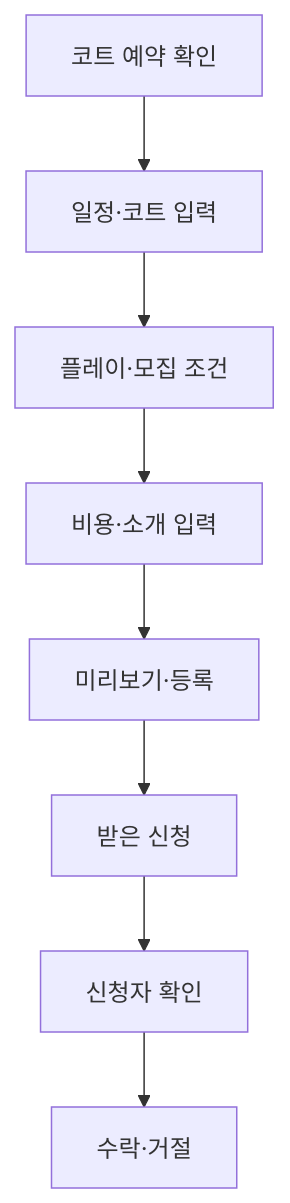
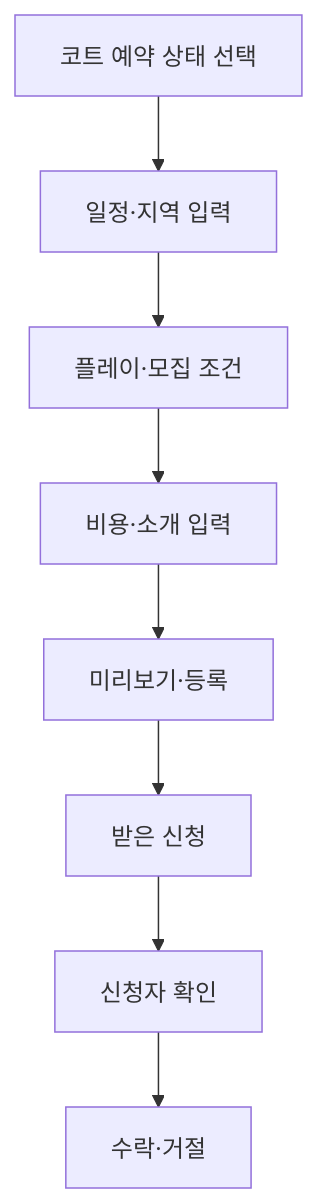
Before and after one commit to jsl0319/tennis-mate: the third of 3 diagrams in docs/03-screen-spec.md, drawn with Mermaid. The commit also changed other lines of this file and 15 other files, not shown here.

````diff
--- a/docs/03-screen-spec.md
+++ b/docs/03-screen-spec.md
@@ -138,10 +138,10 @@
 ```mermaid
 flowchart TD
-    A["코트 예약 확인"] --> B["일정·코트 입력"]
+    A["코트 예약 상태 선택"] --> B["일정·지역 입력"]
     B --> C["플레이·모집 조건"]
     C --> D["비용·소개 입력"]
     D --> E["미리보기·등록"]
     E --> F["받은 신청"]
     F --> G["신청자 확인"]
     G --> H["수락·거절"]
 ```
````
